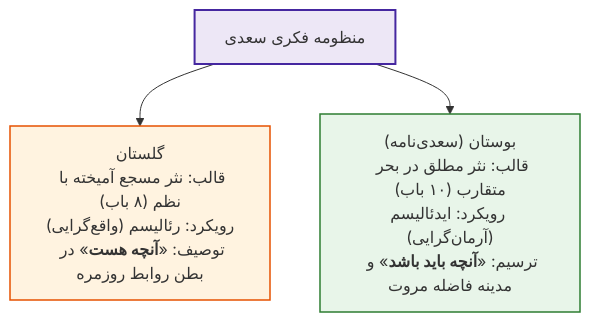
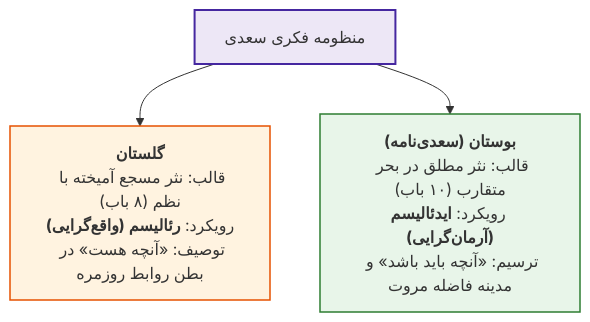
One commit to neopulse-hub/TUMS-1402-1-neo changed diagram 11 of 23 in 05/ادبیات/خلاصه کل.md. Above: the diagram before and after it, drawn with Mermaid. The commit also changed other lines of this file, not shown here.

Commit message:
Update خلاصه کل.md

````diff
--- a/05/ادبیات/خلاصه کل.md
+++ b/05/ادبیات/خلاصه کل.md
@@ -461,13 +460,10 @@
 ```mermaid
 flowchart TD
-
 Saadi["منظومه فکری سعدی"]
-
-Saadi --> Gol["گلستان<br/>قالب: نثر مسجع آمیخته با نظم (۸ باب)<br/>رویکرد: رئالیسم (واقع‌گرایی)<br/>توصیف: «<b>آنچه هست</b>» در بطن روابط روزمره"]
-
-Saadi --> Boos["بوستان (سعدی‌نامه)<br/>قالب: نثر مطلق در بحر متقارب (۱۰ باب)<br/>رویکرد: ایدئالیسم (آرمان‌گرایی)<br/>ترسیم: «<b>آنچه باید باشد</b>» و مدینه فاضله مروت"]
+Saadi --> Gol["<b>گلستان</b><br/>قالب: نثر مسجع آمیخته با نظم (۸ باب)<br/>رویکرد: <b>رئالیسم (واقع‌گرایی)</b><br/>توصیف: &laquo;آنچه هست&raquo; در بطن روابط روزمره"]
+Saadi --> Boos["<b>بوستان (سعدی‌نامه)</b><br/>قالب: نثر مطلق در بحر متقارب (۱۰ باب)<br/>رویکرد: <b>ایدئالیسم (آرمان‌گرایی)</b><br/>ترسیم: &laquo;آنچه باید باشد&raquo; و مدینه فاضله مروت"]
 
 style Saadi fill:#ede7f6,stroke:#4527a0,stroke-width:2px;
 style Gol fill:#fff3e0,stroke:#e65100,stroke-width:1.5px;
 style Boos fill:#e8f5e9,stroke:#2e7d32,stroke-width:1.5px;
 ```
````
